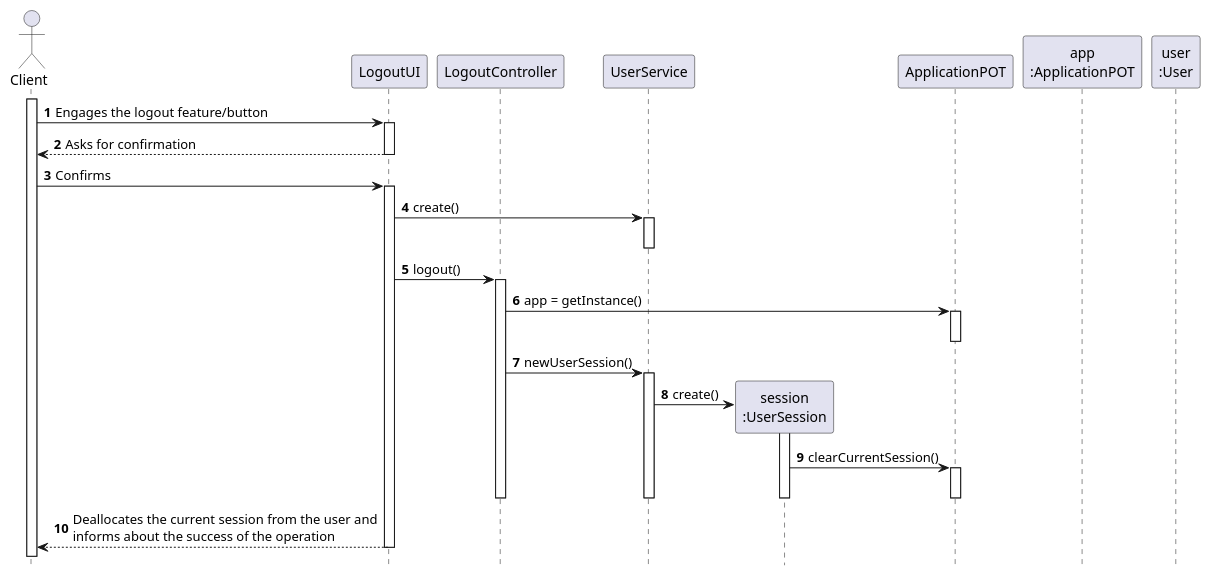
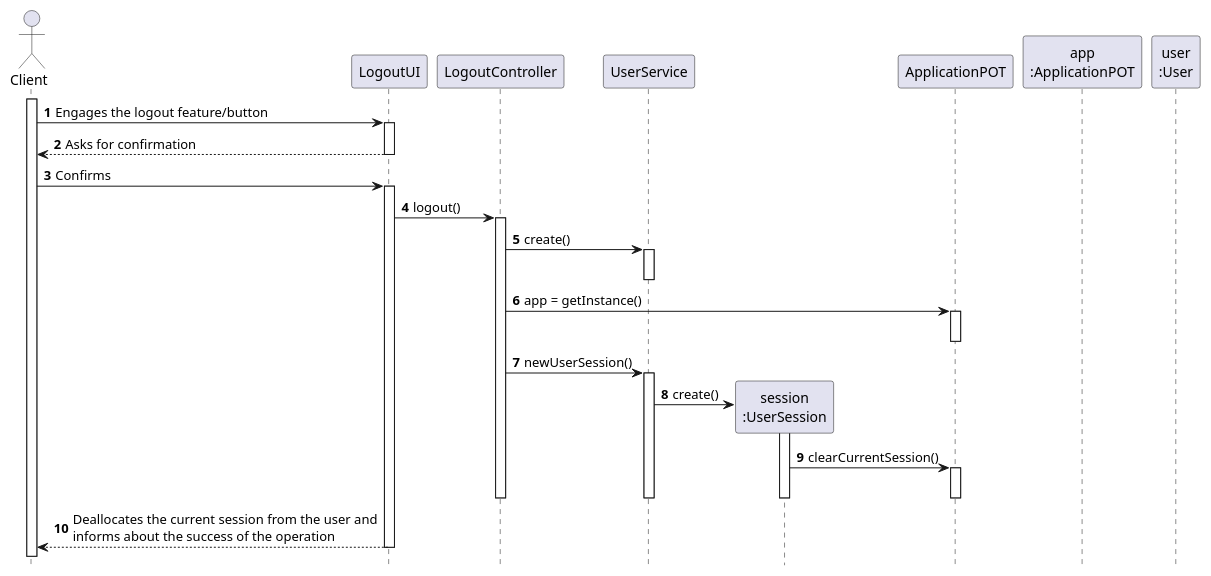
Before and after one commit to tiagoavcosta25/LAPR3: the diagram in docs/Iteration 2/User Management/Refinement/US68_Logout/US68_SD.puml, drawn with PlantUML. The commit also changed 17 other files, not shown here.

```diff
--- a/docs/Iteration 2/User Management/Refinement/US68_Logout/US68_SD.puml
+++ b/docs/Iteration 2/User Management/Refinement/US68_Logout/US68_SD.puml
@@ -1,56 +1,57 @@
 @startuml
 autonumber
 hide footbox
 
 actor "Client" as U
 
 participant "LogoutUI" as UI
 participant "LogoutController" as CTRL
 
 participant "UserService" as US
 participant "session\n:UserSession" as SES
 participant "ApplicationPOT" as _APP
 
 participant "app\n:ApplicationPOT" as APP
 participant "user\n:User" as USER
 
 
 activate U
 
 U -> UI : Engages the logout feature/button
 activate UI
 UI --> U : Asks for confirmation
 deactivate UI
 
 U -> UI : Confirms
 activate UI
 
-UI -> US : create()
+
+UI -> CTRL : logout()
+activate CTRL
+CTRL -> US : create()
 activate US
 deactivate US
-UI -> CTRL : logout()
-activate CTRL
 CTRL -> _APP: app = getInstance()
 activate _APP
 deactivate _APP
 
 
 CTRL -> US : newUserSession()
 activate US
 
 US -> SES** : create()
 activate SES
 
 SES -> _APP : clearCurrentSession()
 activate _APP
 deactivate SES
 
 
 deactivate _APP
 deactivate US
 deactivate CTRL
 
 UI --> U : Deallocates the current session from the user and\ninforms about the success of the operation
 deactivate UI
 
 @enduml
```
